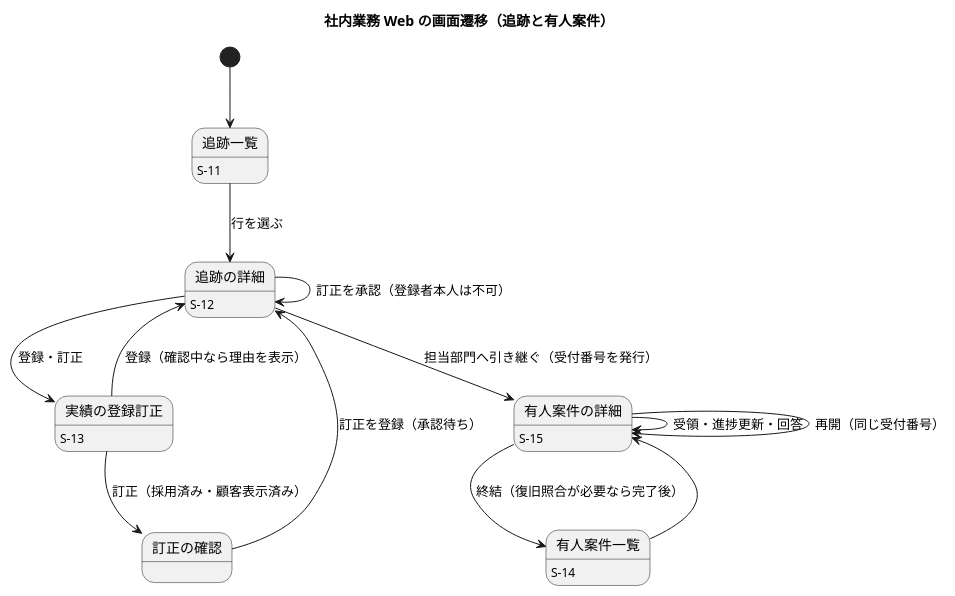
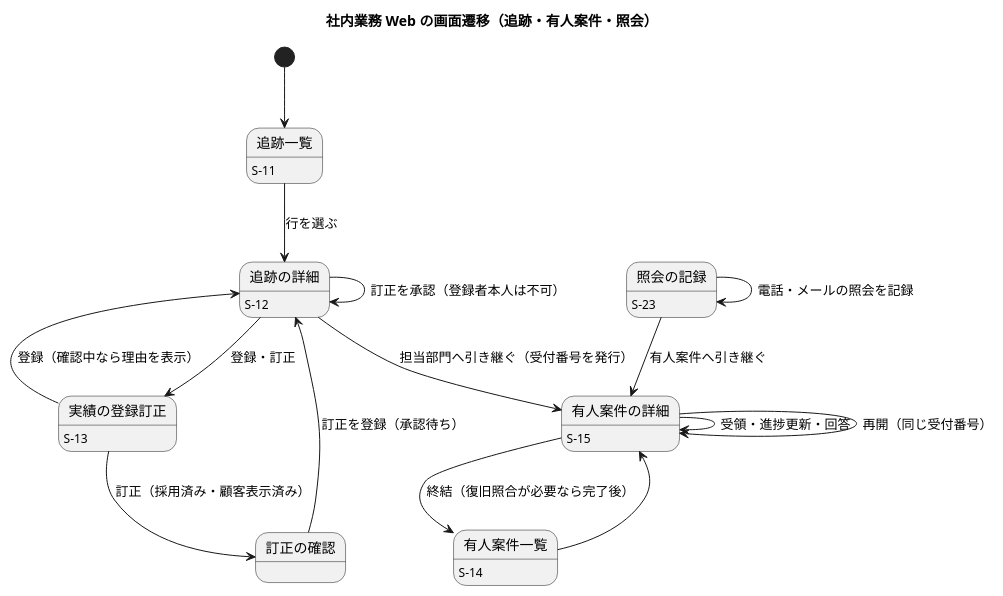
Before and after one commit to k2works/practical-domain-driven-design-in-enterpris-application: the sixth of 21 diagrams in docs/design/cargo-tracker/ui_design.md, drawn with PlantUML. The commit also changed other lines of this file and 25 other files, not shown here.

````diff
--- a/docs/design/cargo-tracker/ui_design.md
+++ b/docs/design/cargo-tracker/ui_design.md
@@ -244,23 +331,26 @@
 ```plantuml
 @startuml
-title 社内業務 Web の画面遷移（追跡と有人案件）
+title 社内業務 Web の画面遷移（追跡・有人案件・照会）
 [*] --> 追跡一覧
 追跡一覧 : S-11
 追跡の詳細 : S-12
 実績の登録訂正 : S-13
 有人案件一覧 : S-14
 有人案件の詳細 : S-15
+照会の記録 : S-23
 
 追跡一覧 --> 追跡の詳細 : 行を選ぶ
 追跡の詳細 --> 実績の登録訂正 : 登録・訂正
 実績の登録訂正 --> 訂正の確認 : 訂正（採用済み・顧客表示済み）
 実績の登録訂正 --> 追跡の詳細 : 登録（確認中なら理由を表示）
 訂正の確認 --> 追跡の詳細 : 訂正を登録（承認待ち）
 追跡の詳細 --> 追跡の詳細 : 訂正を承認（登録者本人は不可）
 追跡の詳細 --> 有人案件の詳細 : 担当部門へ引き継ぐ（受付番号を発行）
+照会の記録 --> 照会の記録 : 電話・メールの照会を記録
+照会の記録 --> 有人案件の詳細 : 有人案件へ引き継ぐ
 有人案件一覧 --> 有人案件の詳細
 有人案件の詳細 --> 有人案件の詳細 : 受領・進捗更新・回答
 有人案件の詳細 --> 有人案件一覧 : 終結（復旧照合が必要なら完了後）
 有人案件の詳細 --> 有人案件の詳細 : 再開（同じ受付番号）
 @enduml
 ```
````
